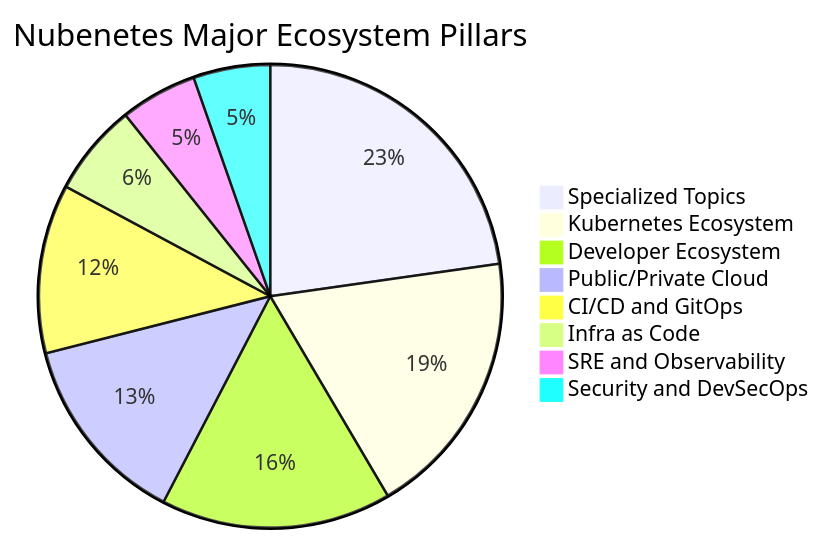
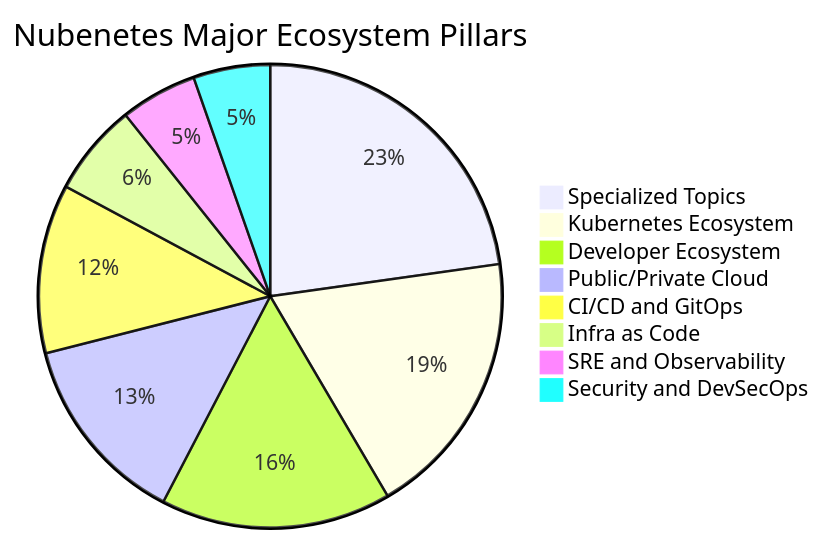
One commit to sec-js/awesome-kubernetes changed the second of 11 diagrams in README.md. Above: the diagram before and after it, drawn with Mermaid. The commit also changed other lines of this file, not shown here.

````diff
--- a/README.md
+++ b/README.md
@@ -220,11 +220,11 @@
 ```mermaid
 pie title Nubenetes Major Ecosystem Pillars
-    "Specialized Topics" : 4241
+    "Specialized Topics" : 4247
     "Kubernetes Ecosystem" : 3500
     "Developer Ecosystem" : 3000
     "Public/Private Cloud" : 2500
     "CI/CD and GitOps" : 2200
     "Infra as Code" : 1200
     "SRE and Observability" : 1000
     "Security and DevSecOps" : 1000
 ```
````
